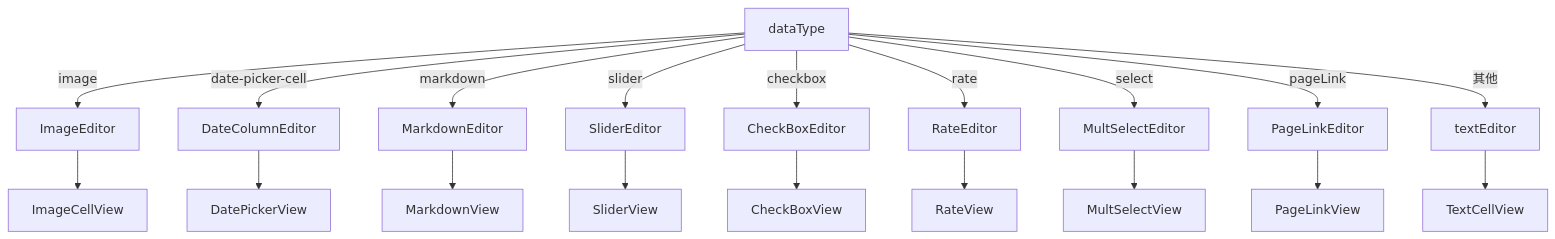
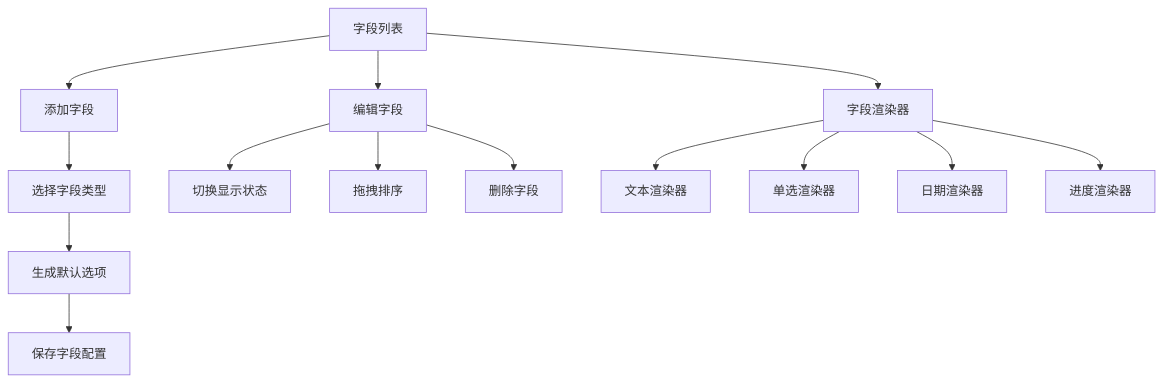
Before and after one commit to LRF0422/Kotion: the ninth of 11 diagrams in .qoder/repowiki/zh/content/功能模块/数据库插件/数据库插件.md, drawn with Mermaid. The commit also changed other lines of this file and 45 other files, not shown here.

````diff
--- a/.qoder/repowiki/zh/content/功能模块/数据库插件/数据库插件.md
+++ b/.qoder/repowiki/zh/content/功能模块/数据库插件/数据库插件.md
@@ -312,21 +484,16 @@
 ```mermaid
 flowchart TD
-DT["dataType"] --> |image| EV1["ImageEditor"]
-DT --> |date-picker-cell| EV2["DateColumnEditor"]
-DT --> |markdown| EV3["MarkdownEditor"]
-DT --> |slider| EV4["SliderEditor"]
-DT --> |checkbox| EV5["CheckBoxEditor"]
-DT --> |rate| EV6["RateEditor"]
-DT --> |select| EV7["MultSelectEditor"]
-DT --> |pageLink| EV8["PageLinkEditor"]
-DT --> |其他| EV9["textEditor"]
-EV1 --> V1["ImageCellView"]
-EV2 --> V2["DatePickerView"]
-EV3 --> V3["MarkdownView"]
-EV4 --> V4["SliderView"]
-EV5 --> V5["CheckBoxView"]
-EV6 --> V6["RateView"]
-EV7 --> V7["MultSelectView"]
-EV8 --> V8["PageLinkView"]
-EV9 --> V9["TextCellView"]
+Fields["字段列表"] --> AddField["添加字段"]
+AddField --> FieldType["选择字段类型"]
+FieldType --> DefaultOptions["生成默认选项"]
+DefaultOptions --> SaveField["保存字段配置"]
+Fields --> EditField["编辑字段"]
+EditField --> ToggleShow["切换显示状态"]
+EditField --> Reorder["拖拽排序"]
+EditField --> DeleteField["删除字段"]
+Fields --> Renderers["字段渲染器"]
+Renderers --> TextRenderer["文本渲染器"]
+Renderers --> SelectRenderer["单选渲染器"]
+Renderers --> DateRenderer["日期渲染器"]
+Renderers --> ProgressRenderer["进度渲染器"]
 ```
````
